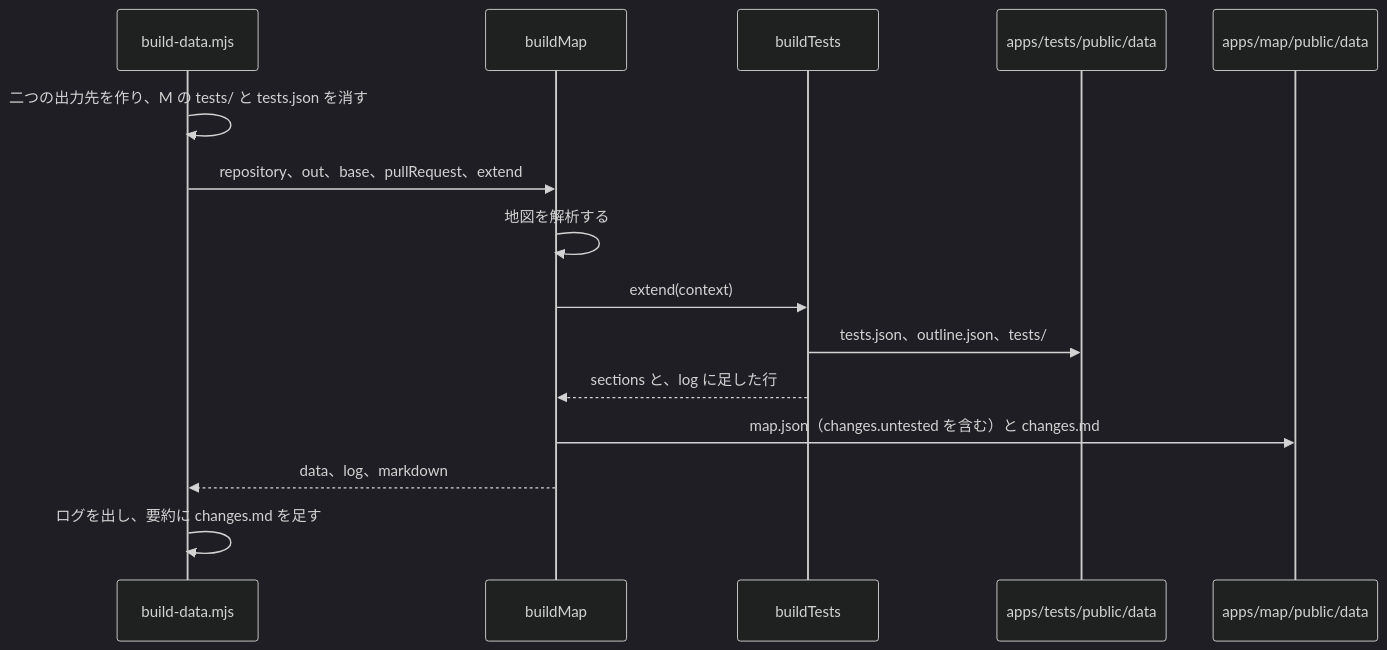
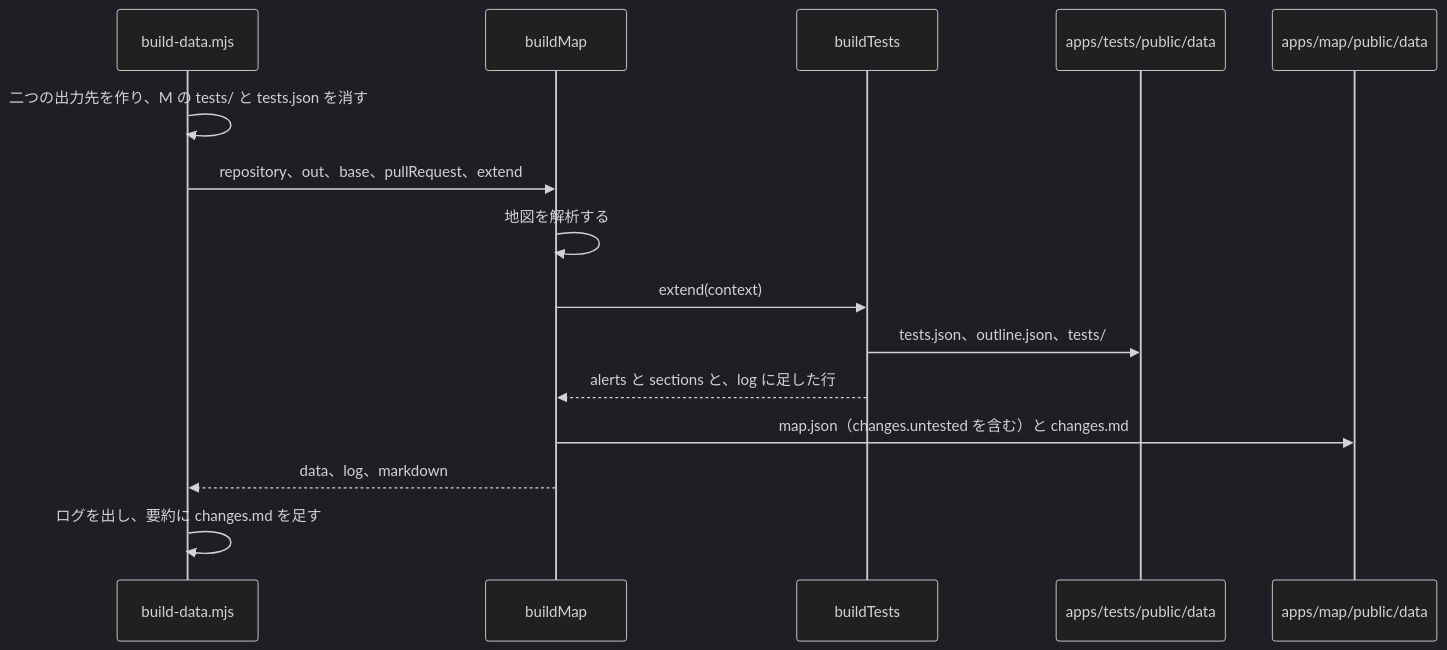
The fifth of 20 diagrams in apps/tests/docs/07-build-ci.md (maronnjapan/maronn-openid-connect), drawn with Mermaid (dark theme) before and after one commit. The commit also changed other lines of this file and 6 other files, not shown here.

````diff
--- a/apps/tests/docs/07-build-ci.md
+++ b/apps/tests/docs/07-build-ci.md
@@ -314,17 +314,17 @@
 ```mermaid
 sequenceDiagram
   participant S as build-data.mjs
   participant B as buildMap
   participant T as buildTests
   participant D as apps/tests/public/data
   participant M as apps/map/public/data
   S->>S: 二つの出力先を作り、M の tests/ と tests.json を消す
   S->>B: repository、out、base、pullRequest、extend
   B->>B: 地図を解析する
   B->>T: extend(context)
   T->>D: tests.json、outline.json、tests/
-  T-->>B: sections と、log に足した行
+  T-->>B: alerts と sections と、log に足した行
   B->>M: map.json（changes.untested を含む）と changes.md
   B-->>S: data、log、markdown
   S->>S: ログを出し、要約に changes.md を足す
 ```
````
